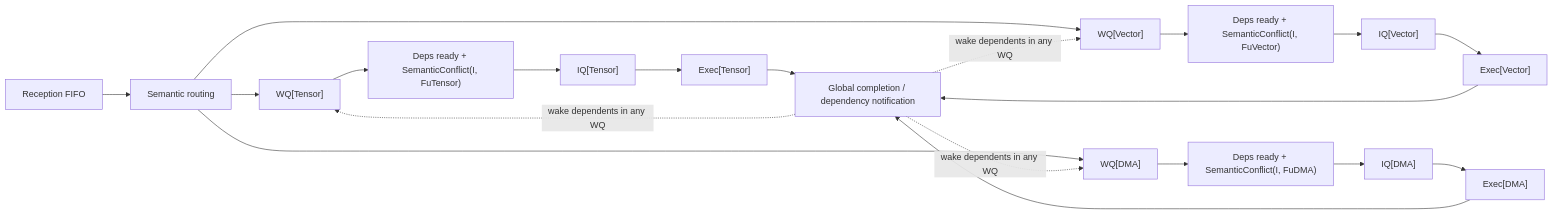
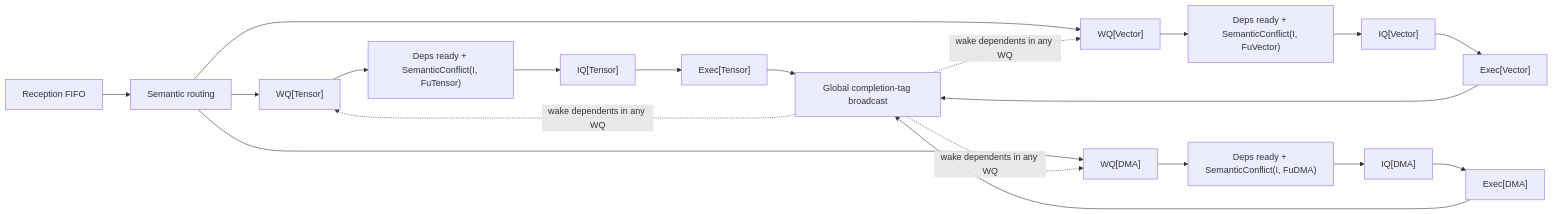
One commit to cxjiang-bk/npu-ooo-simulator changed the diagram in docs/architecture/scheduler-paper-alignment.md. Above: the diagram before and after it, drawn with Mermaid. The commit also changed other lines of this file and 9 other files, not shown here.

````diff
--- a/docs/architecture/scheduler-paper-alignment.md
+++ b/docs/architecture/scheduler-paper-alignment.md
@@ -298,26 +311,26 @@
 ```mermaid
 flowchart LR
     R["Reception FIFO"] --> D["Semantic routing"]
     D --> WT["WQ[Tensor]"]
     D --> WV["WQ[Vector]"]
     D --> WD["WQ[DMA]"]
 
     WT --> DT["Deps ready + SemanticConflict(I, FuTensor)"]
     WV --> DV["Deps ready + SemanticConflict(I, FuVector)"]
     WD --> DD["Deps ready + SemanticConflict(I, FuDMA)"]
 
     DT --> IQT["IQ[Tensor]"]
     DV --> IQV["IQ[Vector]"]
     DD --> IQD["IQ[DMA]"]
 
     IQT --> ET["Exec[Tensor]"]
     IQV --> EV["Exec[Vector]"]
     IQD --> ED["Exec[DMA]"]
 
-    ET --> F["Global completion / dependency notification"]
+    ET --> F["Global completion-tag broadcast"]
     EV --> F
     ED --> F
     F -. "wake dependents in any WQ" .-> WT
     F -. "wake dependents in any WQ" .-> WV
     F -. "wake dependents in any WQ" .-> WD
 ```
````
